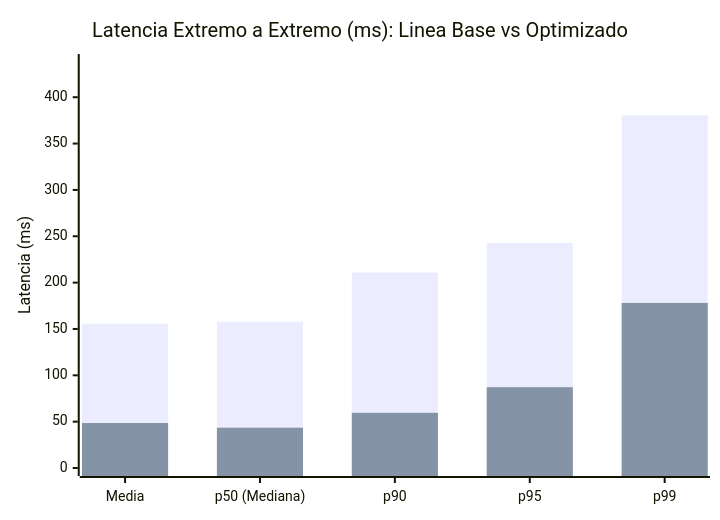
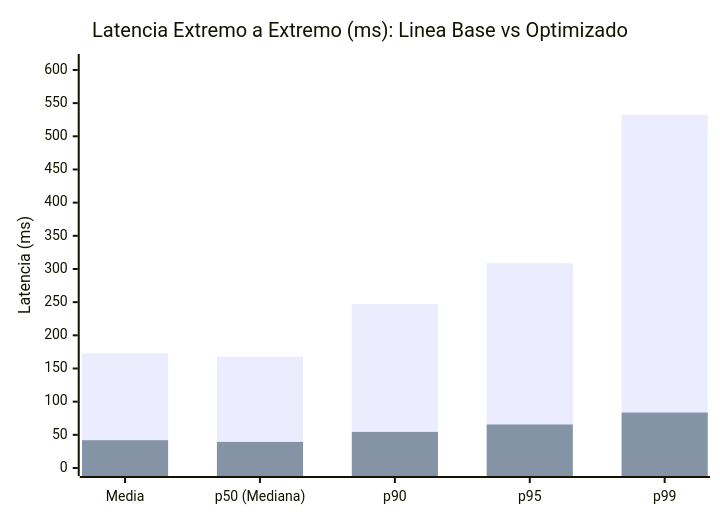
The first of 2 diagrams in hito-12-carga-optimizacion/docs/evidencia/tablas_o_graficos.md (BrianValente/uade-tpo-ingenieria-de-datos-ii-fixture), drawn with Mermaid before and after one commit. The commit also changed other lines of this file and 11 other files, not shown here.

````diff
--- a/hito-12-carga-optimizacion/docs/evidencia/tablas_o_graficos.md
+++ b/hito-12-carga-optimizacion/docs/evidencia/tablas_o_graficos.md
@@ -64,8 +64,8 @@
 ```mermaid
 xychart-beta
     title "Latencia Extremo a Extremo (ms): Linea Base vs Optimizado"
     x-axis ["Media", "p50 (Mediana)", "p90", "p95", "p99"]
-    y-axis "Latencia (ms)" 0 --> 438
-    bar [155.692, 157.768, 210.811, 242.841, 380.44]
-    bar [48.5, 43.478, 59.541, 87.16, 178.09]
+    y-axis "Latencia (ms)" 0 --> 612
+    bar [172.95, 167.838, 247.187, 308.75, 532.104]
+    bar [41.892, 39.298, 54.375, 65.572, 83.586]
 ```
````
